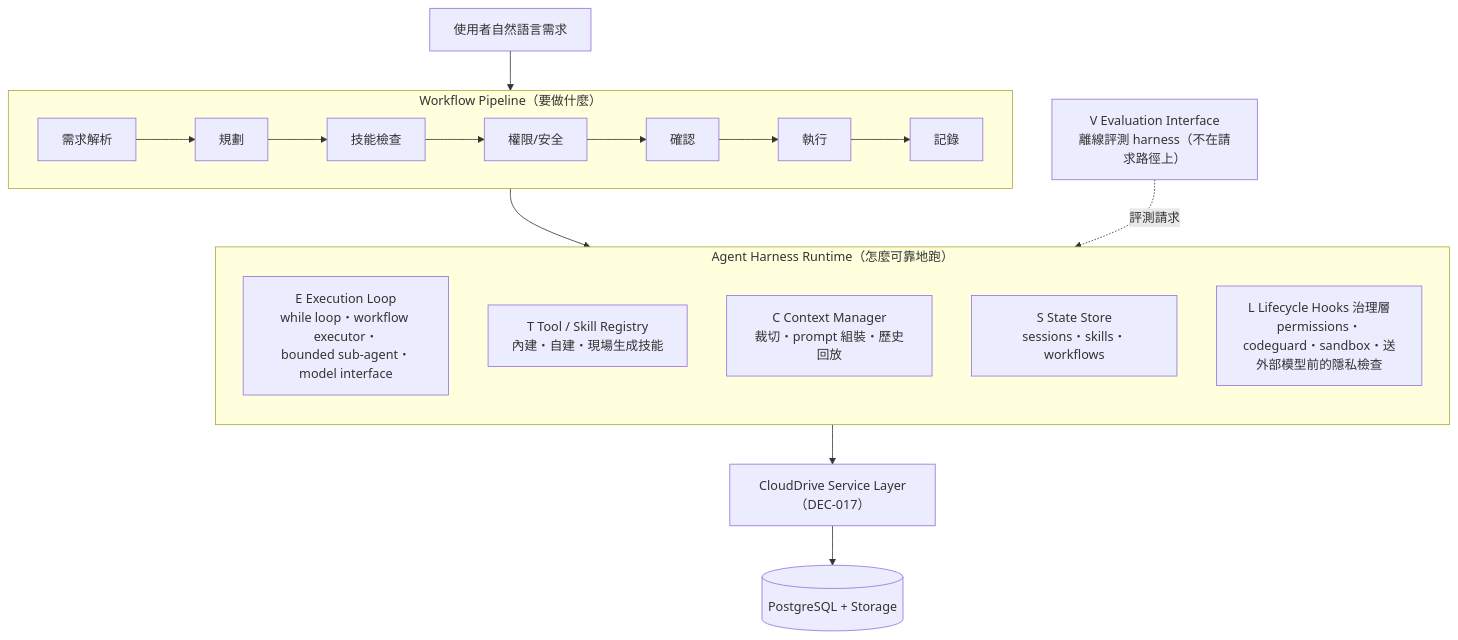
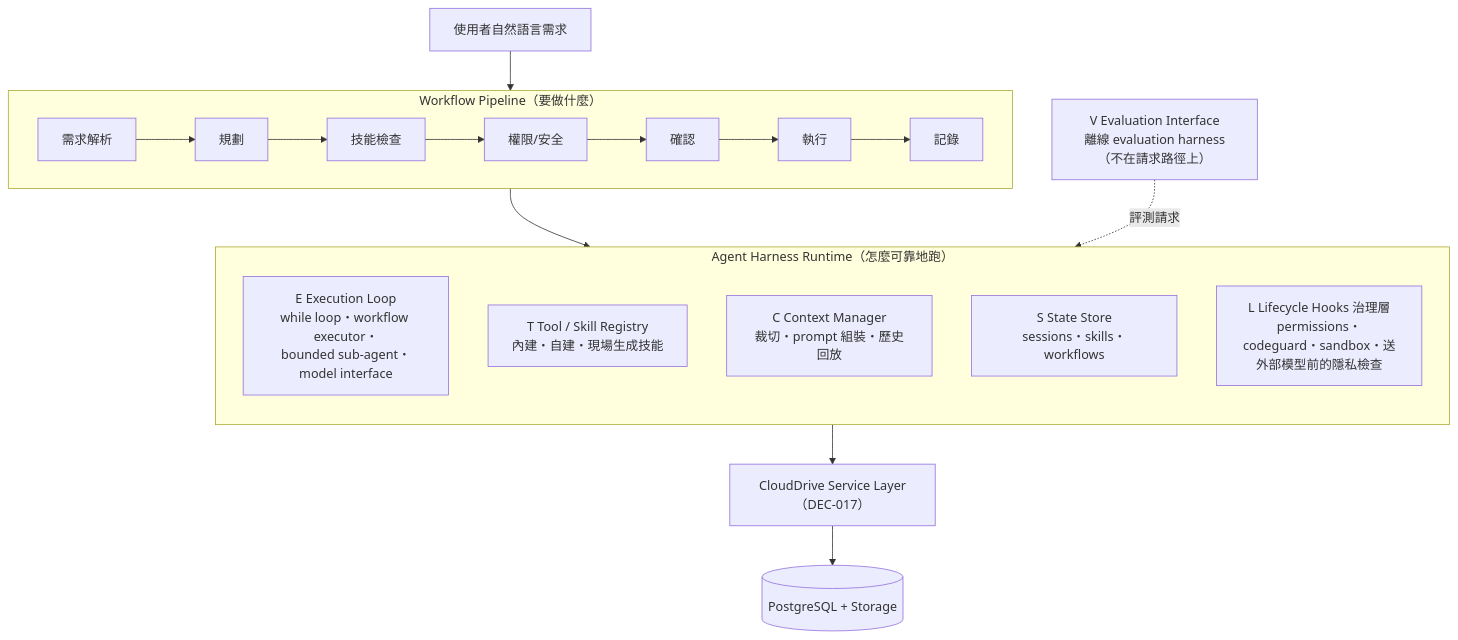
Before and after one commit to alfredshen01/CloudDrive-Personal-Notes: the first of 2 diagrams in docs/02-筆記-harness/Harness架構.md, drawn with Mermaid. The commit also changed 5 other files, not shown here.

````diff
--- a/docs/02-筆記-harness/Harness架構.md
+++ b/docs/02-筆記-harness/Harness架構.md
@@ -47,20 +47,20 @@
 ```mermaid
 flowchart TB
   U["使用者自然語言需求"] --> P
   subgraph P["Workflow Pipeline（要做什麼）"]
     direction LR
     p1["需求解析"] --> p2["規劃"] --> p3["技能檢查"] --> p4["權限/安全"] --> p5["確認"] --> p6["執行"] --> p7["記錄"]
   end
   P --> R
   subgraph R["Agent Harness Runtime（怎麼可靠地跑）"]
     direction TB
     E["E Execution Loop<br/>while loop・workflow executor・<br/>bounded sub-agent・model interface"]
     T["T Tool / Skill Registry<br/>內建・自建・現場生成技能"]
     C["C Context Manager<br/>裁切・prompt 組裝・歷史回放"]
     S["S State Store<br/>sessions・skills・workflows"]
     L["L Lifecycle Hooks 治理層<br/>permissions・codeguard・sandbox・送外部模型前的隱私檢查"]
   end
-  V["V Evaluation Interface<br/>離線評測 harness（不在請求路徑上）"] -. "評測請求" .-> R
+  V["V Evaluation Interface<br/>離線 evaluation harness（不在請求路徑上）"] -. "評測請求" .-> R
   R --> SV["CloudDrive Service Layer（DEC-017）"]
   SV --> DB[("PostgreSQL + Storage")]
 ```
````
